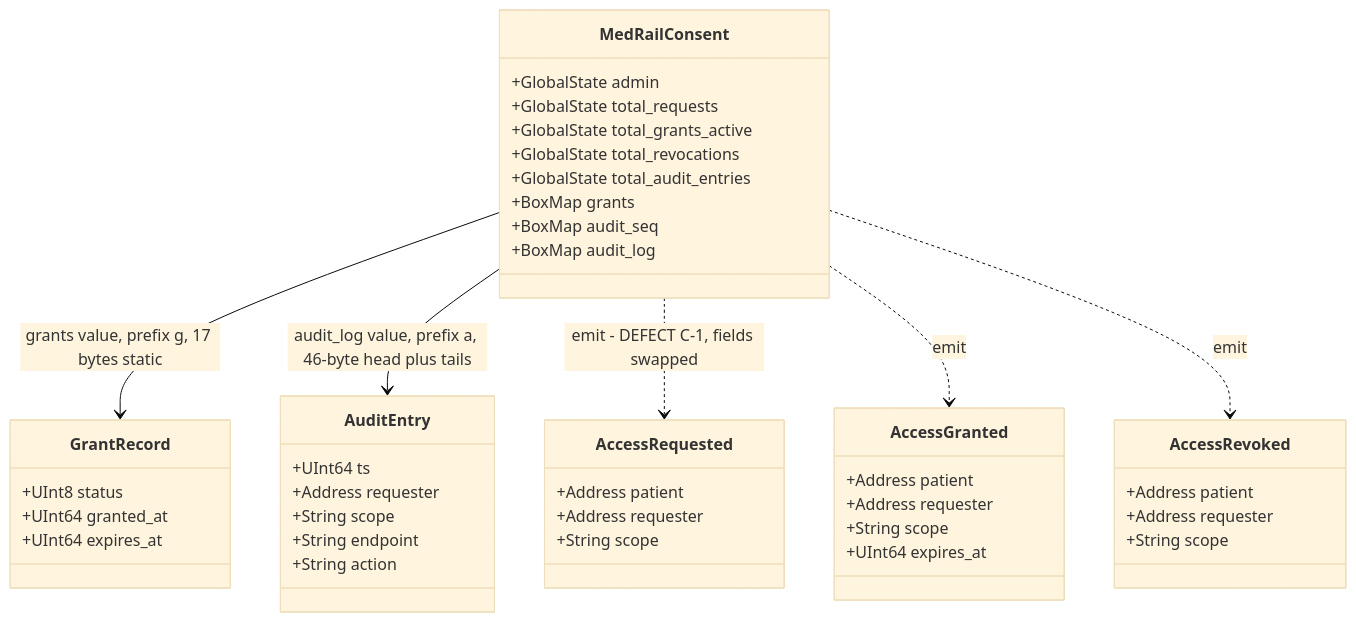
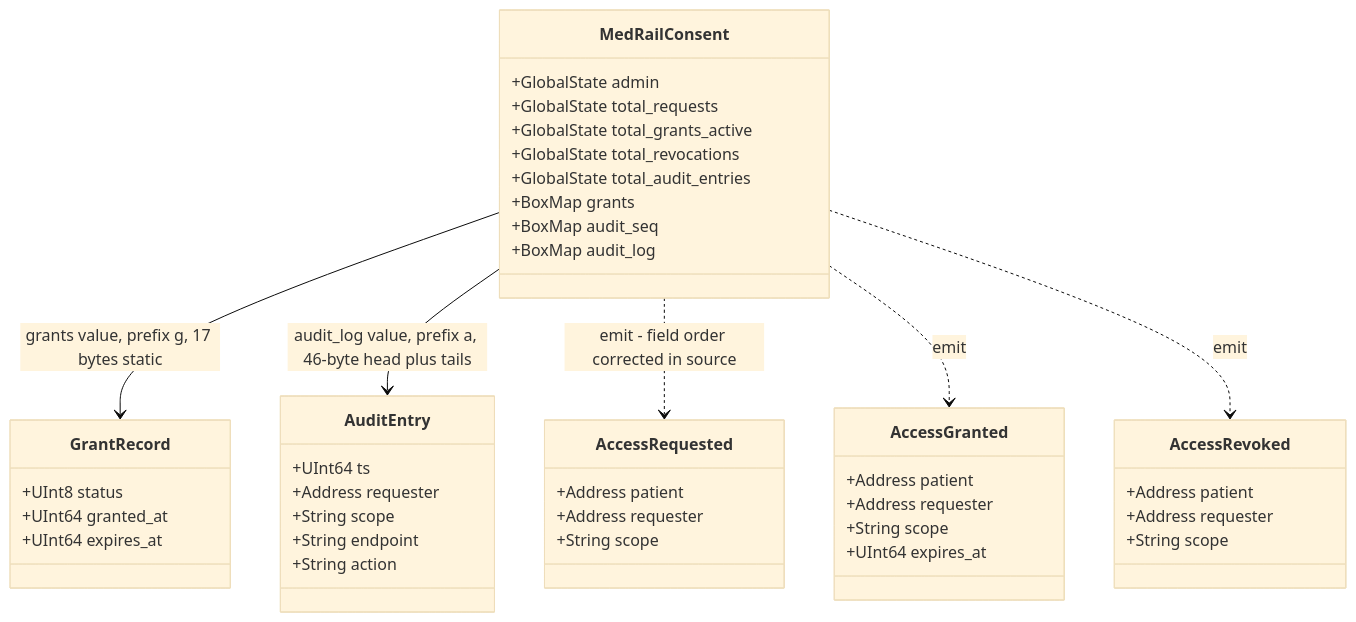
The first of 7 diagrams in docs/03_Architecture/LLD.md (Hydra-Of-Malice/Medrail), drawn with Mermaid (base theme) before and after one commit. The commit also changed other lines of this file and 77 other files, not shown here.

````diff
--- a/docs/03_Architecture/LLD.md
+++ b/docs/03_Architecture/LLD.md
@@ -92,46 +86,46 @@
 ```mermaid
 classDiagram
     class GrantRecord {
         +UInt8 status
         +UInt64 granted_at
         +UInt64 expires_at
     }
     class AuditEntry {
         +UInt64 ts
         +Address requester
         +String scope
         +String endpoint
         +String action
     }
     class AccessRequested {
         +Address patient
         +Address requester
         +String scope
     }
     class AccessGranted {
         +Address patient
         +Address requester
         +String scope
         +UInt64 expires_at
     }
     class AccessRevoked {
         +Address patient
         +Address requester
         +String scope
     }
     class MedRailConsent {
         +GlobalState admin
         +GlobalState total_requests
         +GlobalState total_grants_active
         +GlobalState total_revocations
         +GlobalState total_audit_entries
         +BoxMap grants
         +BoxMap audit_seq
         +BoxMap audit_log
     }
     MedRailConsent --> GrantRecord : grants value, prefix g, 17 bytes static
     MedRailConsent --> AuditEntry : audit_log value, prefix a, 46-byte head plus tails
-    MedRailConsent ..> AccessRequested : emit - DEFECT C-1, fields swapped
+    MedRailConsent ..> AccessRequested : emit - field order corrected in source
     MedRailConsent ..> AccessGranted : emit
     MedRailConsent ..> AccessRevoked : emit
 ```
````
